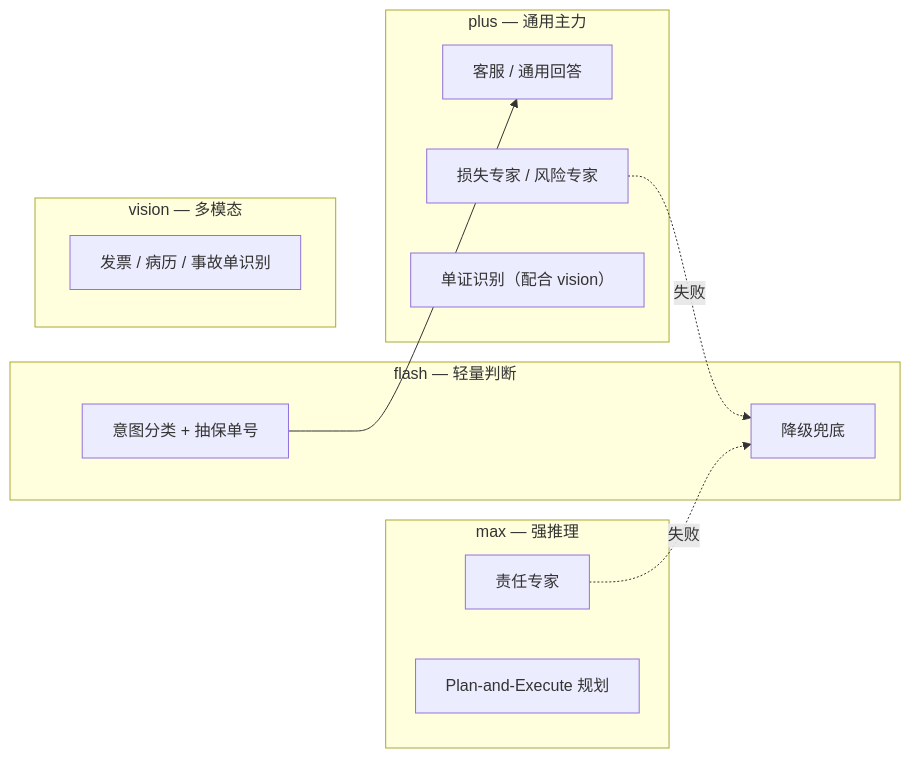
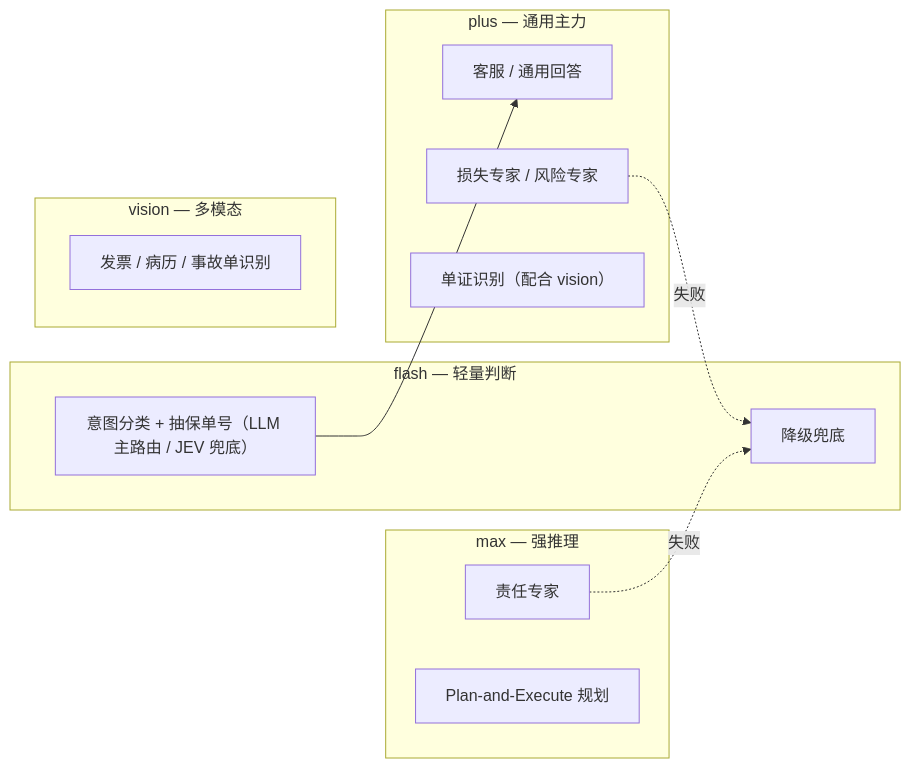
Before and after one commit to cs865546153/claims-ai-agent: the seventh of 7 diagrams in demos/完整链路图.md, drawn with Mermaid. The commit also changed other lines of this file and 15 other files, not shown here.

````diff
--- a/demos/完整链路图.md
+++ b/demos/完整链路图.md
@@ -371,22 +371,22 @@
 ```mermaid
 flowchart LR
     subgraph FLASH["flash — 轻量判断"]
-        F1["意图分类 + 抽保单号"]
+        F1["意图分类 + 抽保单号（LLM 主路由 / JEV 兜底）"]
         F2["降级兜底"]
     end
     subgraph PLUS["plus — 通用主力"]
         P1["客服 / 通用回答"]
         P2["损失专家 / 风险专家"]
         P3["单证识别（配合 vision）"]
     end
     subgraph MAX["max — 强推理"]
         X1["责任专家"]
         X2["Plan-and-Execute 规划"]
     end
     subgraph VIS["vision — 多模态"]
         V1["发票 / 病历 / 事故单识别"]
     end
     F1 --> P1
     P2 -.->|"失败"| F2
     X1 -.->|"失败"| F2
 ```
````
